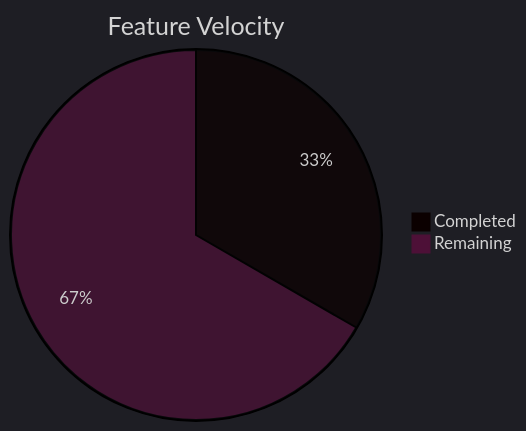
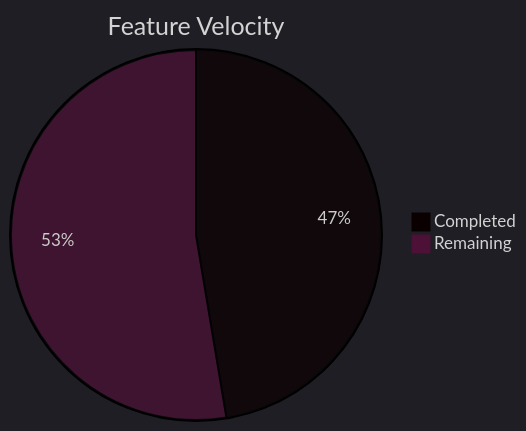
Before and after one commit to Neogleamz/SK8Lytz: the fifth of 5 diagrams in tools/SK8Lytz_Bucket_List.md, drawn with Mermaid. The commit also changed other lines of this file and 4 other files, not shown here.

````diff
--- a/tools/SK8Lytz_Bucket_List.md
+++ b/tools/SK8Lytz_Bucket_List.md
@@ -83,6 +82,6 @@
 ```mermaid
 %%{init: {'theme': 'dark'}}%%
 pie title Feature Velocity
-  "Completed" : 6
-  "Remaining" : 12
+  "Completed" : 9
+  "Remaining" : 10
 ```
````
